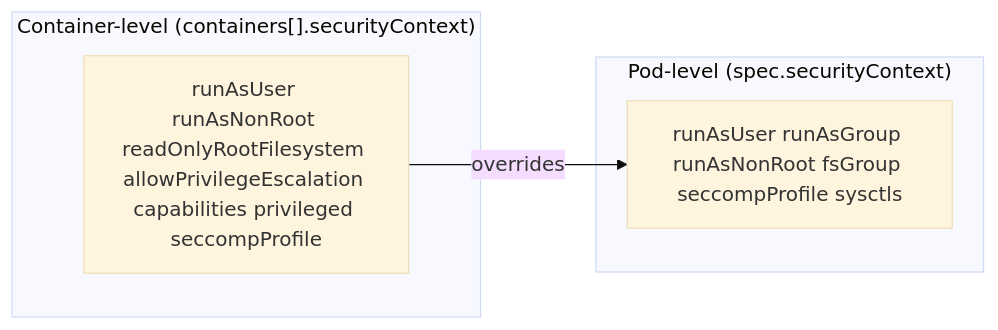
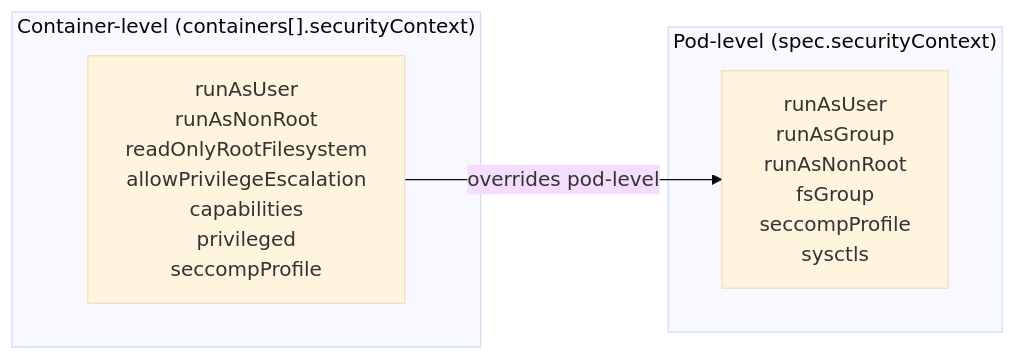
One commit to UncleJS/course_k3s changed the fifth of 5 diagrams in 09_security/03_pod_security_standards.md. Above: the diagram before and after it, drawn with Mermaid (base theme). The commit also changed other lines of this file and 45 other files, not shown here.

First line of the commit message:
Expand all course lessons: Mermaid diagrams + rich prose across 43 files

````diff
--- a/09_security/03_pod_security_standards.md
+++ b/09_security/03_pod_security_standards.md
@@ -227,10 +356,10 @@
 ```mermaid
 graph LR
     subgraph "Pod-level (spec.securityContext)"
-        PN[runAsUser runAsGroup runAsNonRoot fsGroup seccompProfile sysctls]
+        PN["runAsUser<br/>runAsGroup<br/>runAsNonRoot<br/>fsGroup<br/>seccompProfile<br/>sysctls"]
     end
     subgraph "Container-level (containers[].securityContext)"
-        CN[runAsUser runAsNonRoot readOnlyRootFilesystem allowPrivilegeEscalation capabilities privileged seccompProfile]
+        CN["runAsUser<br/>runAsNonRoot<br/>readOnlyRootFilesystem<br/>allowPrivilegeEscalation<br/>capabilities<br/>privileged<br/>seccompProfile"]
     end
-    CN -->|overrides| PN
+    CN -->|"overrides pod-level"| PN
 ```
````
